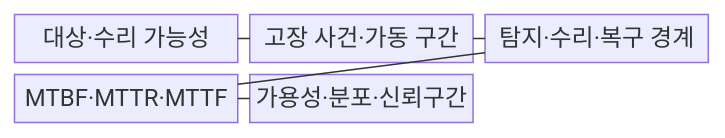
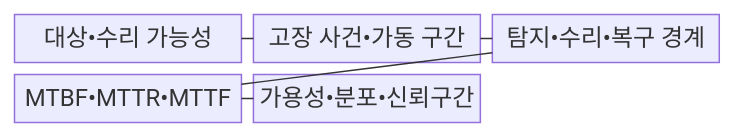
One commit to agnusdei1207/knowledge-base changed the first of 2 diagrams in src/content/docs/notes/06-evaluation/012_reliability_metrics_mtbf_mttr.md. Above: the diagram before and after it, drawn with Mermaid. The commit also changed other lines of this file and 953 other files, not shown here.

````diff
--- a/src/content/docs/notes/06-evaluation/012_reliability_metrics_mtbf_mttr.md
+++ b/src/content/docs/notes/06-evaluation/012_reliability_metrics_mtbf_mttr.md
@@ -66,13 +66,13 @@
 ```mermaid
 block-beta
   columns 3
-  S["대상·수리 가능성"]
-  F["고장 사건·가동 구간"]
-  R["탐지·수리·복구 경계"]
-  M["MTBF·MTTR·MTTF"]
-  A["가용성·분포·신뢰구간"]
+  S["대상•수리 가능성"]
+  F["고장 사건•가동 구간"]
+  R["탐지•수리•복구 경계"]
+  M["MTBF•MTTR•MTTF"]
+  A["가용성•분포•신뢰구간"]
   S --- F
   F --- R
   R --- M
   M --- A
 ```
````
